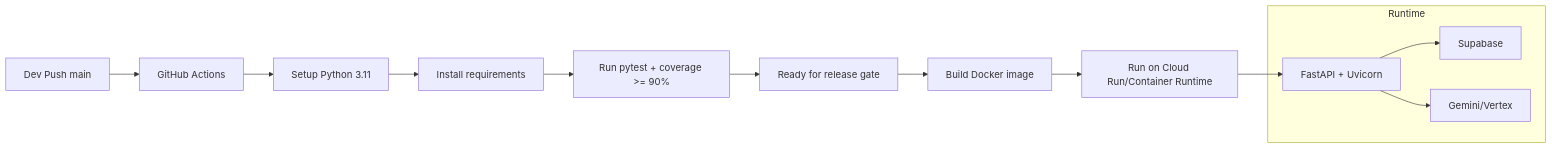
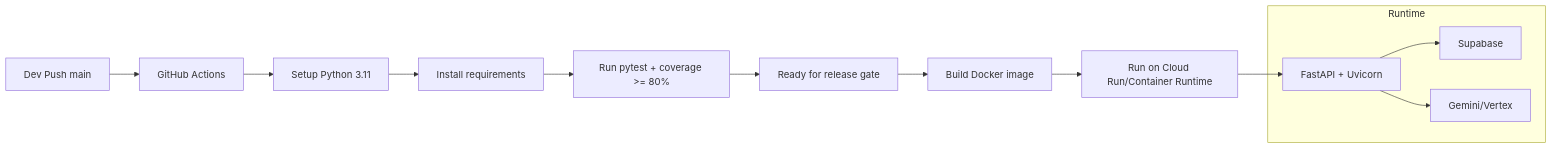
Before and after one commit to noleAI/growmate-backend: the fifth of 5 diagrams in SYSTEM_DESIGN.md, drawn with Mermaid. The commit also changed other lines of this file and 3 other files, not shown here.

````diff
--- a/SYSTEM_DESIGN.md
+++ b/SYSTEM_DESIGN.md
@@ -325,21 +325,21 @@
 ```mermaid
 flowchart LR
     D1[Dev Push main] --> C1[GitHub Actions]
     C1 --> C2[Setup Python 3.11]
     C2 --> C3[Install requirements]
-    C3 --> C4[Run pytest + coverage >= 90%]
+    C3 --> C4[Run pytest + coverage >= 80%]
 
     C4 --> R1[Ready for release gate]
     R1 --> D2[Build Docker image]
     D2 --> D3[Run on Cloud Run/Container Runtime]
 
     subgraph Runtime
       R2[FastAPI + Uvicorn]
       R3[Supabase]
       R4[Gemini/Vertex]
     end
 
     D3 --> R2
     R2 --> R3
     R2 --> R4
 ```
````
